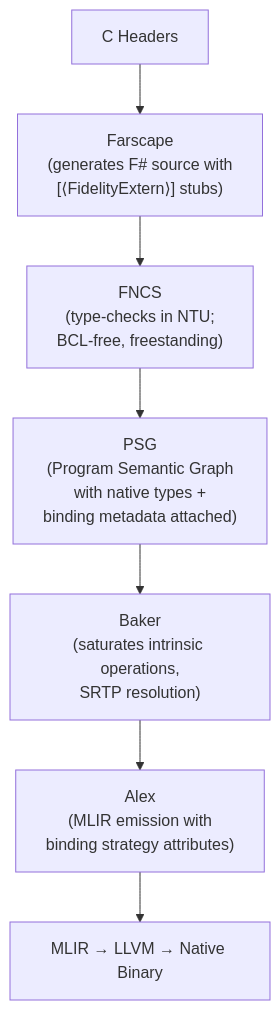
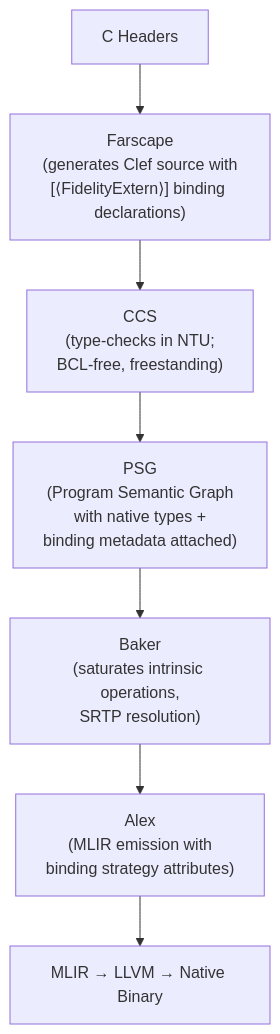
The diagram in docs/03_fsnative_Integration.md (FidelityFramework/Farscape), drawn with Mermaid before and after one commit. The commit also changed other lines of this file and 34 other files, not shown here.

````diff
--- a/docs/03_fsnative_Integration.md
+++ b/docs/03_fsnative_Integration.md
@@ -7,9 +7,9 @@
 ```mermaid
 flowchart TD
-    A["C Headers"] --> B["Farscape<br/>(generates F# source with<br/>[⟨FidelityExtern⟩] stubs)"]
-    B --> C["FNCS<br/>(type-checks in NTU;<br/>BCL-free, freestanding)"]
+    A["C Headers"] --> B["Farscape<br/>(generates Clef source with<br/>[⟨FidelityExtern⟩] binding declarations)"]
+    B --> C["CCS<br/>(type-checks in NTU;<br/>BCL-free, freestanding)"]
     C --> D["PSG<br/>(Program Semantic Graph<br/>with native types +<br/>binding metadata attached)"]
     D --> E["Baker<br/>(saturates intrinsic operations,<br/>SRTP resolution)"]
     E --> F["Alex<br/>(MLIR emission with<br/>binding strategy attributes)"]
     F --> G["MLIR → LLVM → Native Binary"]
 ```
````
